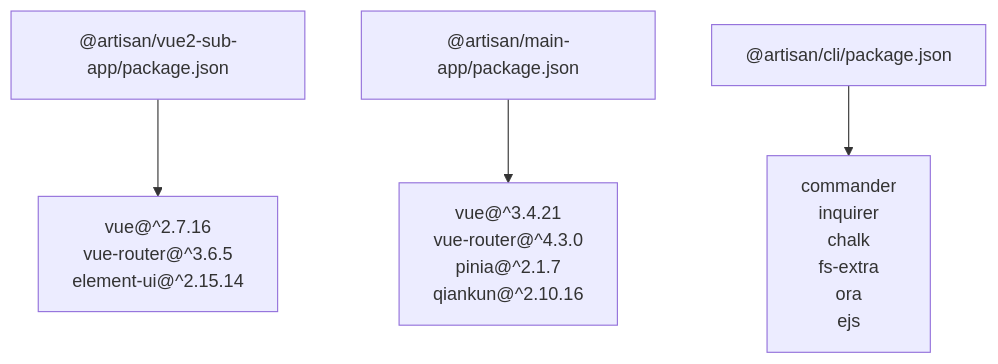
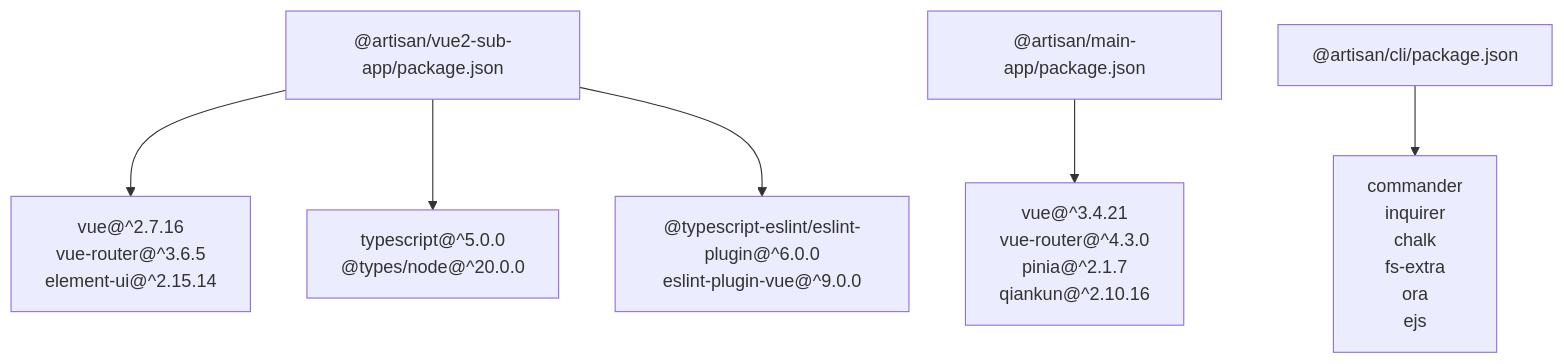
Before and after one commit to my-Sitara/artisan-base-frontend: the eighth of 8 diagrams in .qoder/repowiki/zh/content/应用开发/Vue2子应用开发.md, drawn with Mermaid. The commit also changed other lines of this file and 35 other files, not shown here.

````diff
--- a/.qoder/repowiki/zh/content/应用开发/Vue2子应用开发.md
+++ b/.qoder/repowiki/zh/content/应用开发/Vue2子应用开发.md
@@ -273,6 +407,8 @@
 ```mermaid
 graph TB
 Vue2Pkg["@artisan/vue2-sub-app/package.json"] --> Vue2Dep["vue@^2.7.16<br/>vue-router@^3.6.5<br/>element-ui@^2.15.14"]
+Vue2Pkg --> TSDep["typescript@^5.0.0<br/>@types/node@^20.0.0"]
+Vue2Pkg --> ESLintDep["@typescript-eslint/eslint-plugin@^6.0.0<br/>eslint-plugin-vue@^9.0.0"]
 MainPkg["@artisan/main-app/package.json"] --> Vue3Dep["vue@^3.4.21<br/>vue-router@^4.3.0<br/>pinia@^2.1.7<br/>qiankun@^2.10.16"]
 CLI["@artisan/cli/package.json"] --> CLIdeps["commander<br/>inquirer<br/>chalk<br/>fs-extra<br/>ora<br/>ejs"]
 ```
````
